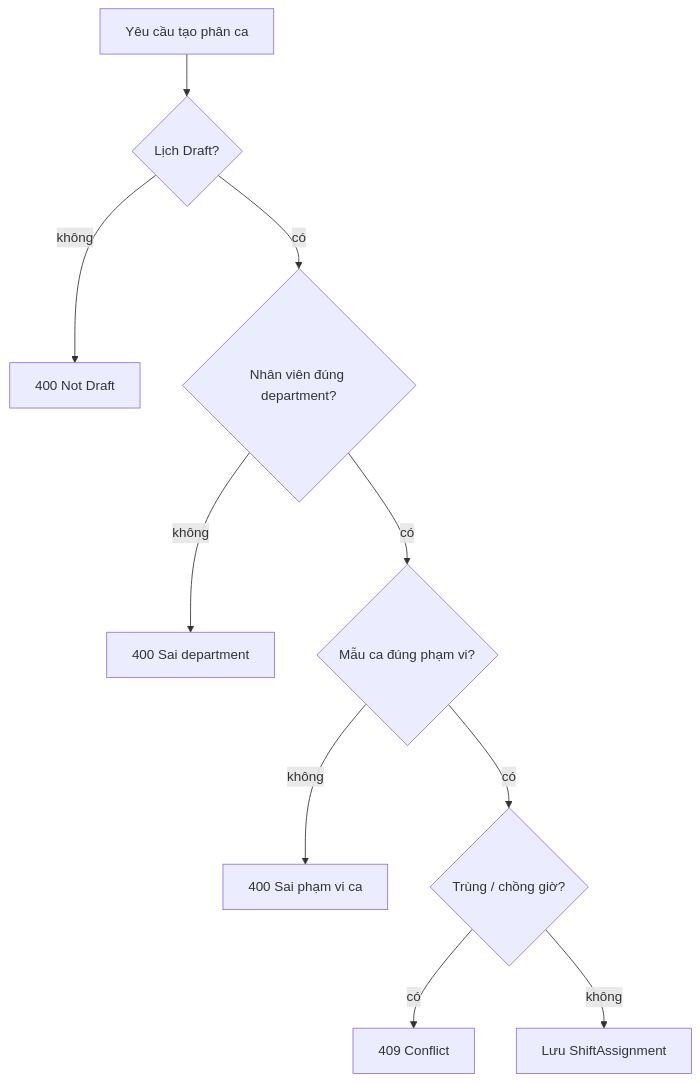
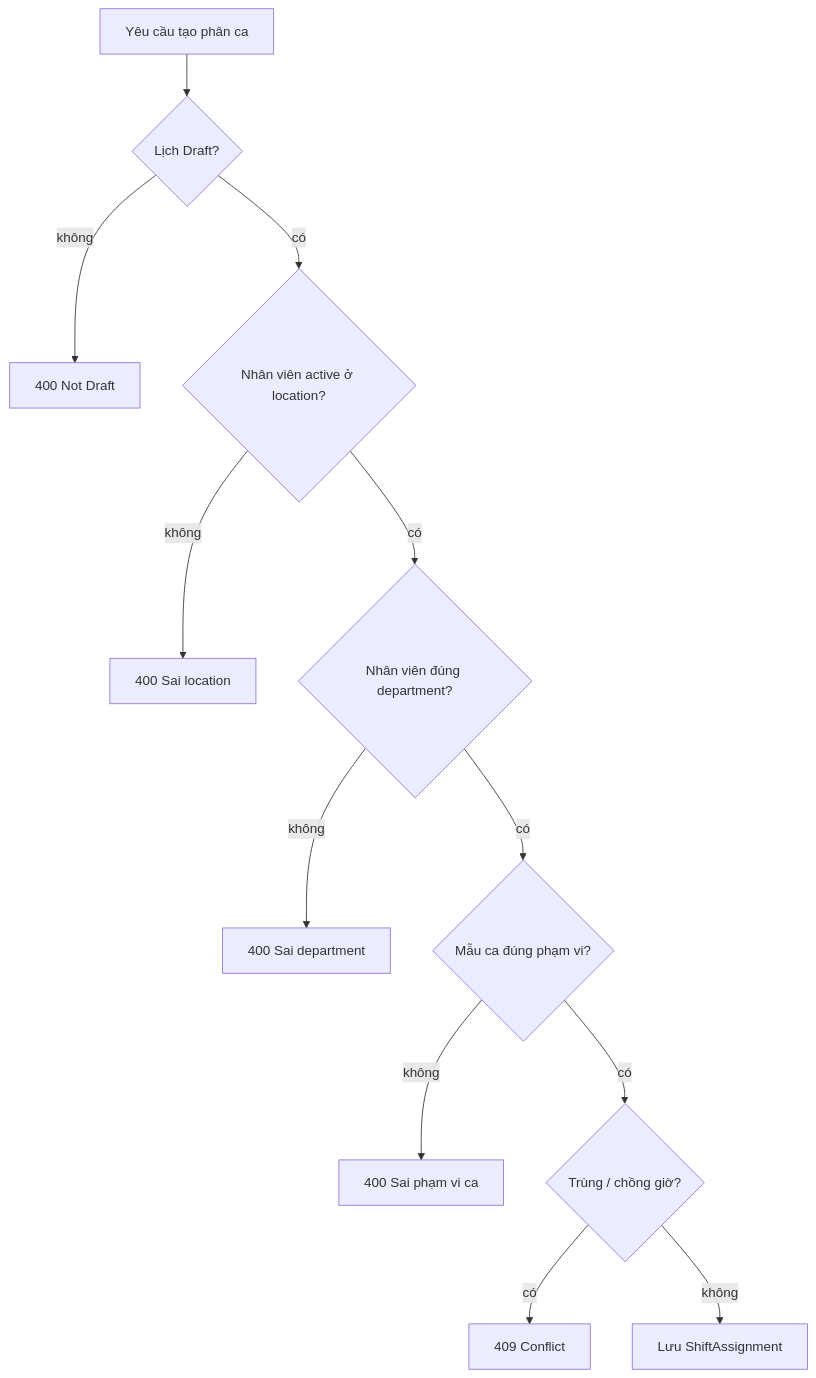
Before and after one commit to darrenak403/wokki-server: the fifth of 13 diagrams in docs/vi/process-flows.md, drawn with Mermaid. The commit also changed other lines of this file and 59 other files, not shown here.

````diff
--- a/docs/vi/process-flows.md
+++ b/docs/vi/process-flows.md
@@ -56,12 +84,14 @@
 ```mermaid
 flowchart TD
     A[Yêu cầu tạo phân ca] --> B{Lịch Draft?}
     B -->|không| X[400 Not Draft]
-    B -->|có| C{Nhân viên đúng department?}
-    C -->|không| X2[400 Sai department]
-    C -->|có| D{Mẫu ca đúng phạm vi?}
+    B -->|có| C{Nhân viên active ở location?}
+    C -->|không| X2[400 Sai location]
+    C -->|có| C2{Nhân viên đúng department?}
+    C2 -->|không| X5[400 Sai department]
+    C2 -->|có| D{Mẫu ca đúng phạm vi?}
     D -->|không| X3[400 Sai phạm vi ca]
     D -->|có| E{Trùng / chồng giờ?}
     E -->|có| X4[409 Conflict]
     E -->|không| F[Lưu ShiftAssignment]
 ```
````
